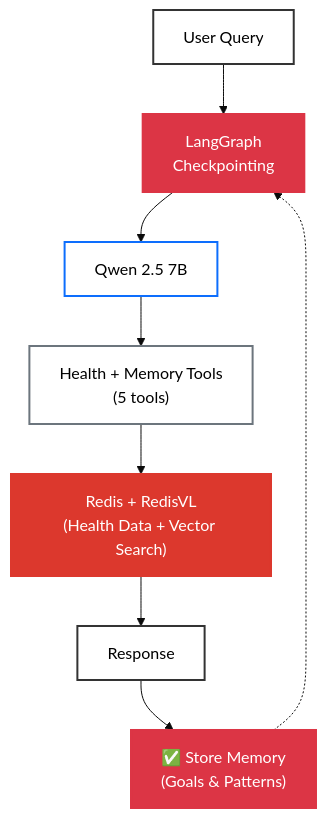
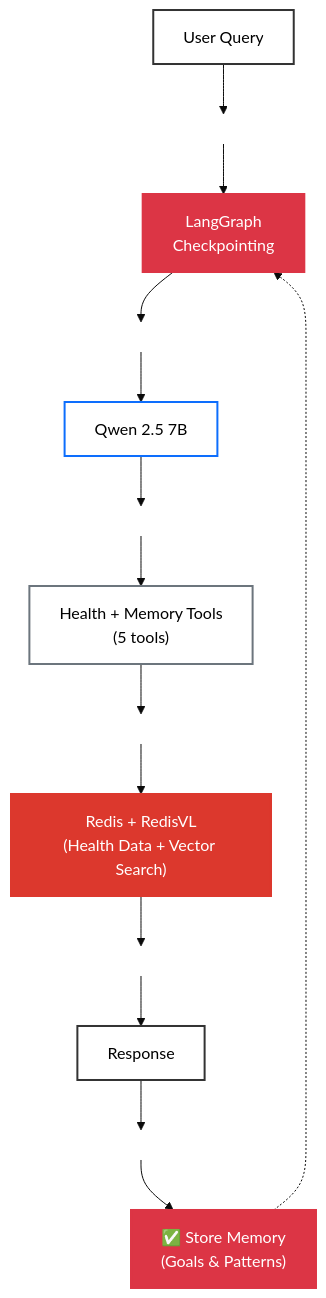
One commit to AllieRays/redis-wellness changed the second of 2 diagrams in README.md. Above: the diagram before and after it, drawn with Mermaid (base theme). The commit also changed other lines of this file, not shown here.

````diff
--- a/README.md
+++ b/README.md
@@ -117,25 +128,38 @@
 ```mermaid
 flowchart TD
     T1["User Query"]:::query
-    T2["LangGraph<br/>Checkpointing"]:::memory
-    T3["Qwen 2.5 7B"]:::llm
-    T4["Health + Memory Tools<br/>(5 tools)"]:::tool
-    T5["Redis + RedisVL<br/>(Health Data + Vector Search)"]:::redis
-    T6["Response"]:::response
-    T7["✅ Store Memory<br/>(Goals & Patterns)"]:::memory
+    T2[" "]:::spacer
+    T3["LangGraph<br/>Checkpointing"]:::memory
+    T4[" "]:::spacer
+    T5["Qwen 2.5 7B"]:::llm
+    T6[" "]:::spacer
+    T7["Health + Memory Tools<br/>(5 tools)"]:::tool
+    T8[" "]:::spacer
+    T9["Redis + RedisVL<br/>(Health Data + Vector Search)"]:::redis
+    T10[" "]:::spacer
+    T11["Response"]:::response
+    T12[" "]:::spacer
+    T13["✅ Store Memory<br/>(Goals & Patterns)"]:::memory
 
     T1 --> T2
     T2 --> T3
     T3 --> T4
     T4 --> T5
     T5 --> T6
     T6 --> T7
-    T7 -.-> T2
+    T7 --> T8
+    T8 --> T9
+    T9 --> T10
+    T10 --> T11
+    T11 --> T12
+    T12 --> T13
+    T13 -.-> T3
 
     classDef query fill:#fff,stroke:#333,stroke-width:2px,color:#000
     classDef llm fill:#fff,stroke:#0d6efd,stroke-width:2px,color:#000
     classDef tool fill:#fff,stroke:#6c757d,stroke-width:2px,color:#000
     classDef redis fill:#dc382d,stroke:#dc382d,stroke-width:2px,color:#fff
     classDef response fill:#fff,stroke:#333,stroke-width:2px,color:#000
     classDef memory fill:#dc3545,stroke:#dc3545,stroke-width:2px,color:#fff
+    classDef spacer fill:none,stroke:none,color:transparent
 ```
````
